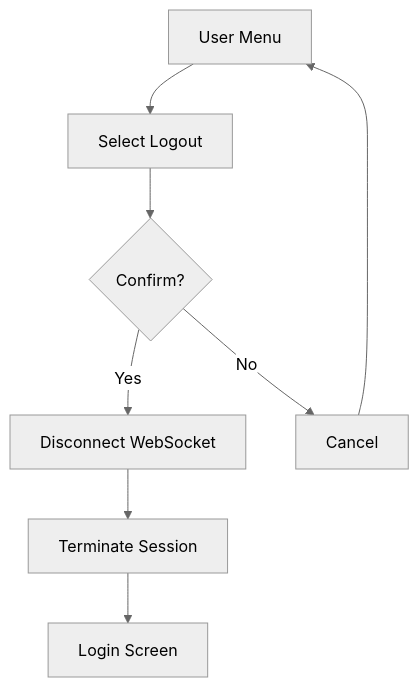
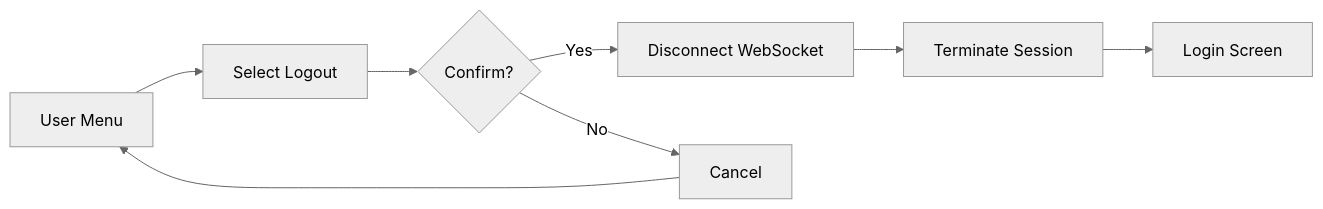
The fourth of 10 diagrams in docs/SEN3781_Assignment4_Information_Architecture_Report.md (RoundRobinHood/cogniflight-cloud), drawn with Mermaid (neutral theme) before and after one commit. The commit also changed other lines of this file, not shown here.

Commit message:
improved diagram readability

````diff
--- a/docs/SEN3781_Assignment4_Information_Architecture_Report.md
+++ b/docs/SEN3781_Assignment4_Information_Architecture_Report.md
@@ -220,10 +242,6 @@
 ```mermaid
-flowchart TD
-    A[User Menu] --> B[Select Logout]
-    B --> C{Confirm?}
-    C -->|Yes| D[Disconnect WebSocket]
-    C -->|No| E[Cancel]
-    D --> F[Terminate Session]
-    F --> G[Login Screen]
-    E --> A
+flowchart LR
+    A[User Menu] --> B[Select Logout] --> C{Confirm?}
+    C -->|Yes| D[Disconnect WebSocket] --> F[Terminate Session] --> G[Login Screen]
+    C -->|No| E[Cancel] --> A
 ```
````
